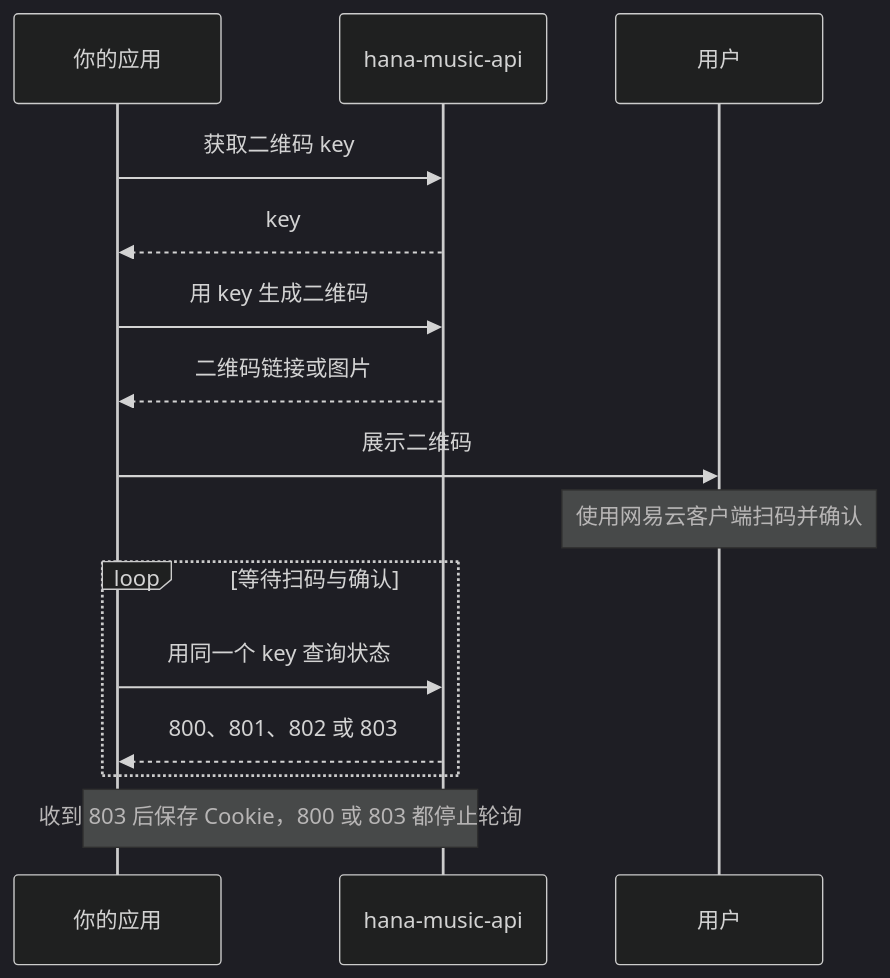
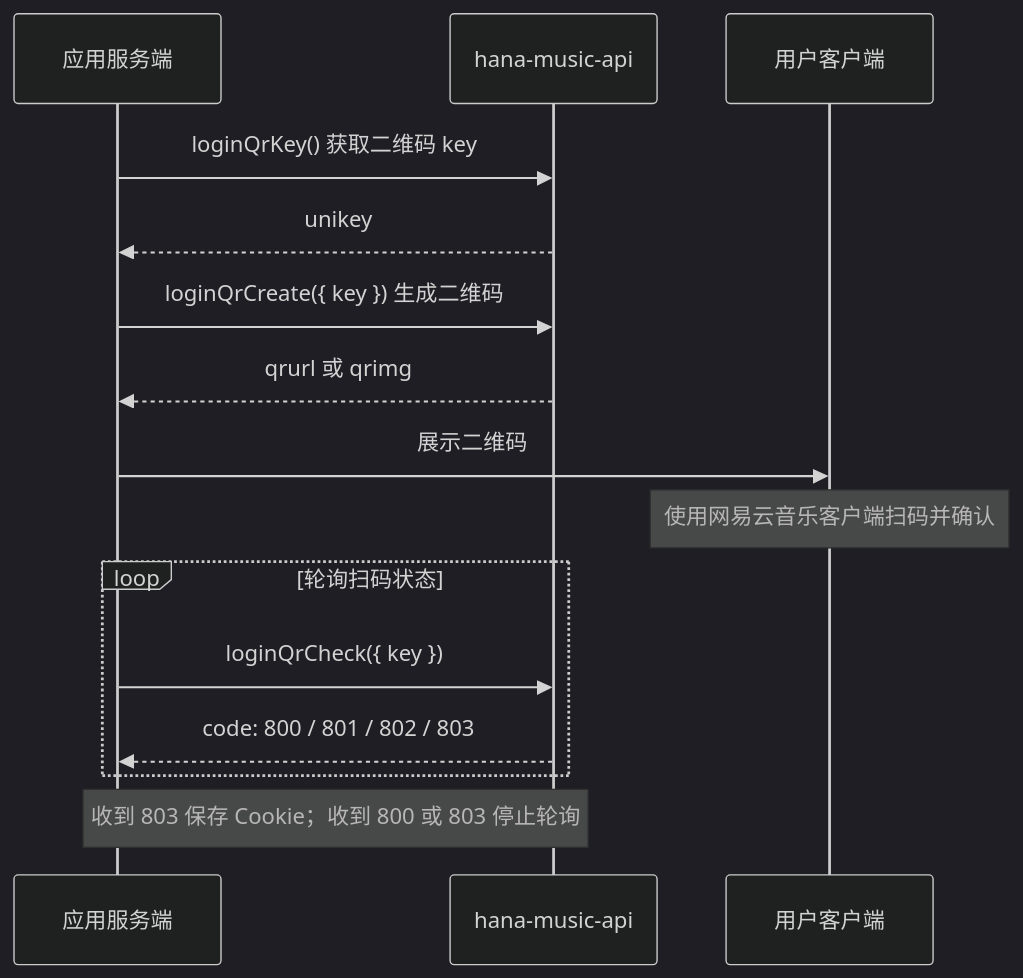
Before and after one commit to nonhana/hana-music-api: the diagram in website/guide/authentication.md, drawn with Mermaid (dark theme). The commit also changed other lines of this file and 399 other files, not shown here.

````diff
--- a/website/guide/authentication.md
+++ b/website/guide/authentication.md
@@ -18,17 +18,17 @@
 ```mermaid
 sequenceDiagram
-  participant App as 你的应用
+  participant App as 应用服务端
   participant API as hana-music-api
-  participant User as 用户
-  App->>API: 获取二维码 key
-  API-->>App: key
-  App->>API: 用 key 生成二维码
-  API-->>App: 二维码链接或图片
+  participant User as 用户客户端
+  App->>API: loginQrKey() 获取二维码 key
+  API-->>App: unikey
+  App->>API: loginQrCreate({ key }) 生成二维码
+  API-->>App: qrurl 或 qrimg
   App->>User: 展示二维码
-  Note over User: 使用网易云客户端扫码并确认
-  loop 等待扫码与确认
-    App->>API: 用同一个 key 查询状态
-    API-->>App: 800、801、802 或 803
+  Note over User: 使用网易云音乐客户端扫码并确认
+  loop 轮询扫码状态
+    App->>API: loginQrCheck({ key })
+    API-->>App: code: 800 / 801 / 802 / 803
   end
-  Note over App,API: 收到 803 后保存 Cookie，800 或 803 都停止轮询
+  Note over App,API: 收到 803 保存 Cookie；收到 800 或 803 停止轮询
 ```
````
